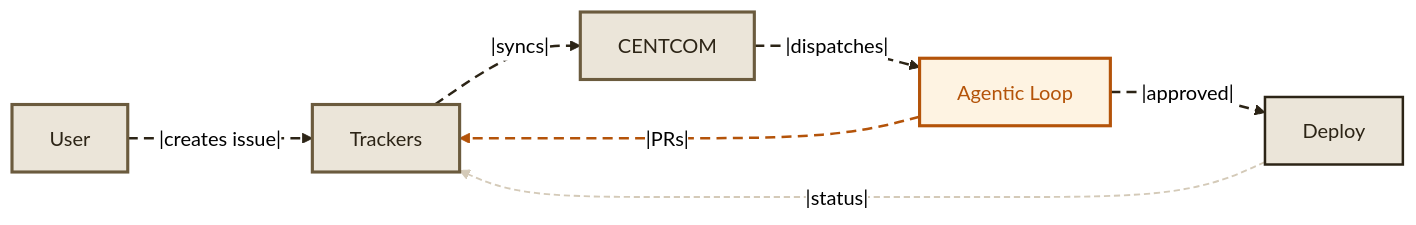
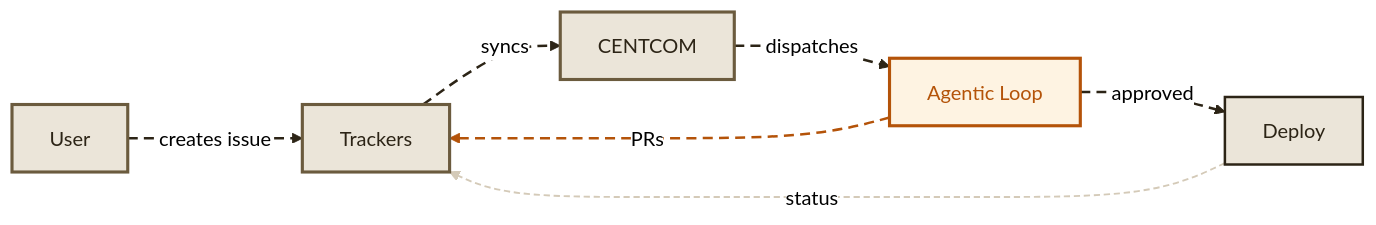
The first of 5 diagrams in docs/docs/concepts/index.mdx (dunkinfrunkin/maestro), drawn with Mermaid (neutral theme) before and after one commit. The commit also changed other lines of this file, not shown here.

Commit message:
fix: remove pipe delimiters from mermaid edge labels

````diff
--- a/docs/docs/concepts/index.mdx
+++ b/docs/docs/concepts/index.mdx
@@ -15,22 +15,22 @@
 ```mermaid
 graph LR
-  USR["User"] -- |creates issue| --> EXT["Trackers"]
-  EXT -- |syncs| --> CC["CENTCOM"]
-  CC -- |dispatches| --> AL["Agentic Loop"]
-  AL -- |PRs| --> EXT
-  AL -- |approved| --> DP["Deploy"]
-  DP -- |status| --> EXT
+  USR["User"] --creates issue--> EXT["Trackers"]
+  EXT --syncs--> CC["CENTCOM"]
+  CC --dispatches--> AL["Agentic Loop"]
+  AL --PRs--> EXT
+  AL --approved--> DP["Deploy"]
+  DP --status--> EXT
 
   style USR fill:#ebe5d9,stroke:#6b5b3e,stroke-width:2.5px,color:#2c2416
   style EXT fill:#ebe5d9,stroke:#6b5b3e,stroke-width:2.5px,color:#2c2416
   style CC fill:#ebe5d9,stroke:#6b5b3e,stroke-width:2.5px,color:#2c2416
   style AL fill:#fef3e2,stroke:#b45309,stroke-width:2.5px,color:#b45309
   style DP fill:#ebe5d9,stroke:#2c2416,stroke-width:2px,color:#2c2416
 
   linkStyle 0 stroke:#2c2416,stroke-width:2px,stroke-dasharray:8 5
   linkStyle 1 stroke:#2c2416,stroke-width:2px,stroke-dasharray:8 5
   linkStyle 2 stroke:#2c2416,stroke-width:2px,stroke-dasharray:8 5
   linkStyle 3 stroke:#b45309,stroke-width:2px,stroke-dasharray:8 5
   linkStyle 4 stroke:#2c2416,stroke-width:2px,stroke-dasharray:8 5
   linkStyle 5 stroke:#d4cab8,stroke-width:1.5px,stroke-dasharray:5 3
 ```
````
